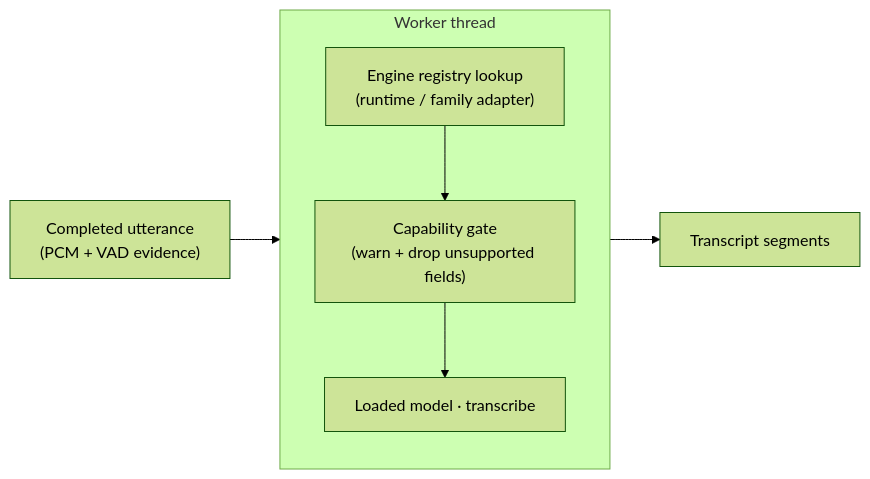
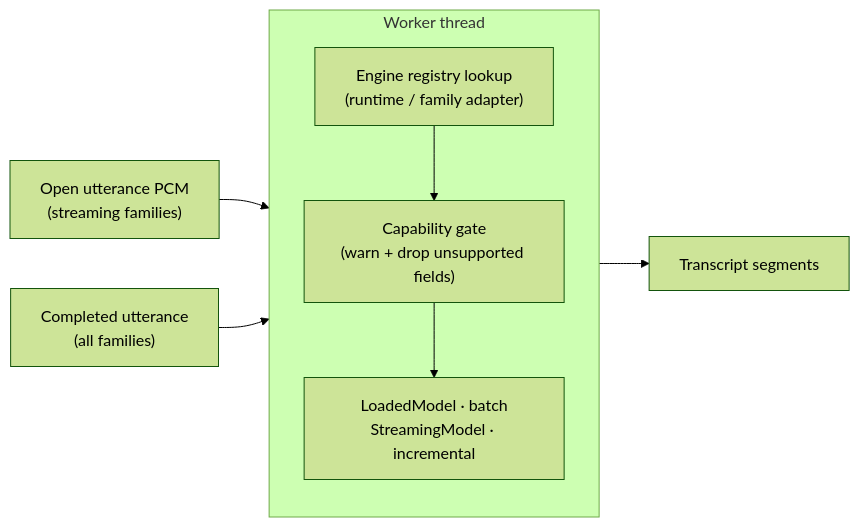
The fifth of 6 diagrams in docs/system-architecture.md (brittain9/local-dictation-obsidian-plugin), drawn with Mermaid (forest theme) before and after one commit. The commit also changed other lines of this file and 1 other file, not shown here.

````diff
--- a/docs/system-architecture.md
+++ b/docs/system-architecture.md
@@ -221,14 +228,15 @@
 ```mermaid
 flowchart LR
-    UTT["Completed utterance<br/>(PCM + VAD evidence)"] --> WORKER
+    PCM["Open utterance PCM<br/>(streaming families)"] --> WORKER
+    UTT["Completed utterance<br/>(all families)"] --> WORKER
 
     subgraph WORKER ["Worker thread"]
         direction TB
         LOOKUP["Engine registry lookup<br/>(runtime / family adapter)"]
         GATE["Capability gate<br/>(warn + drop unsupported fields)"]
-        INF["Loaded model · transcribe"]
+        INF["LoadedModel · batch<br/>StreamingModel · incremental"]
         LOOKUP --> GATE --> INF
     end
 
     WORKER --> OUT["Transcript segments"]
 ```
````
